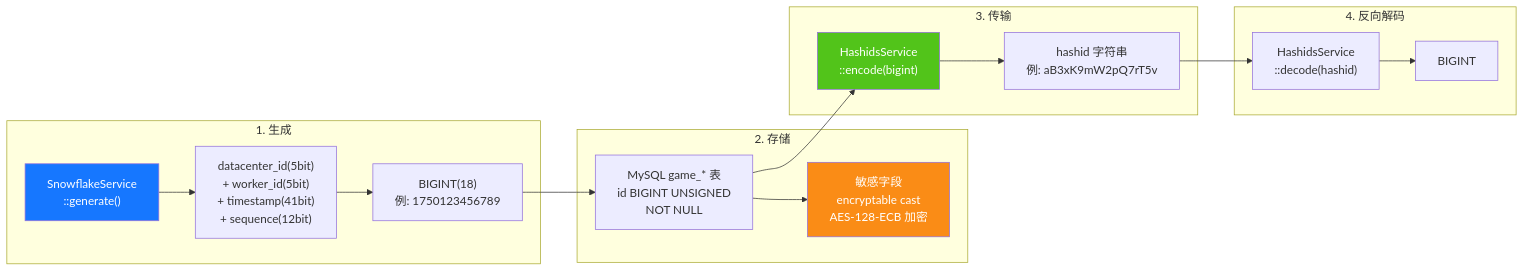
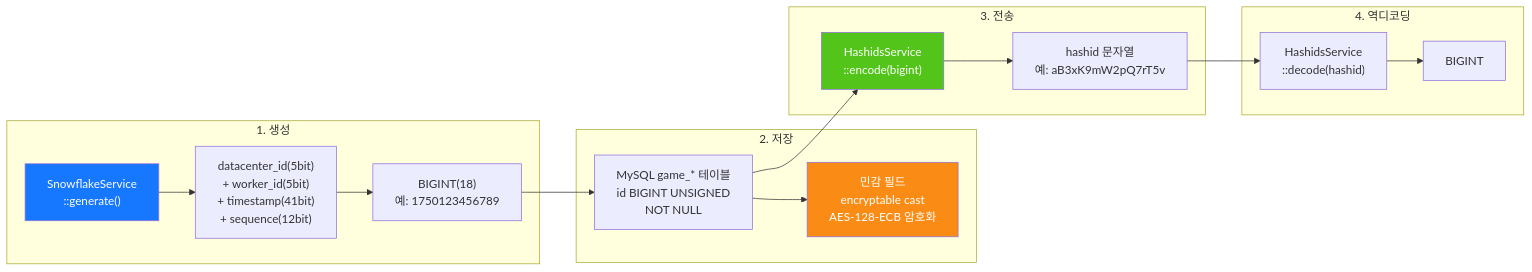
One commit to erikwang2013/game-platform-php changed the seventh of 14 diagrams in admin/docs/ARCHITECTURE.ko.md. Above: the diagram before and after it, drawn with Mermaid. The commit also changed other lines of this file and 211 other files, not shown here.

First line of the commit message:
fix: 支付配置读回类型根治、提现事件对账巡检，12 语族 mermaid 与 API 标签本地化

````diff
--- a/admin/docs/ARCHITECTURE.ko.md
+++ b/admin/docs/ARCHITECTURE.ko.md
@@ -359,33 +359,33 @@
 ```mermaid
 flowchart LR
-    subgraph "1. 生成"
+    subgraph "1. 생성"
         G1["SnowflakeService<br/>::generate()"]
         G2["datacenter_id(5bit)<br/>+ worker_id(5bit)<br/>+ timestamp(41bit)<br/>+ sequence(12bit)"]
-        G3["BIGINT(18)<br/>例: 1750123456789"]
+        G3["BIGINT(18)<br/>예: 1750123456789"]
         G1 --> G2 --> G3
     end
 
-    subgraph "2. 存储"
-        S1["MySQL game_* 表<br/>id BIGINT UNSIGNED<br/>NOT NULL"]
-        S2["敏感字段<br/>encryptable cast<br/>AES-128-ECB 加密"]
+    subgraph "2. 저장"
+        S1["MySQL game_* 테이블<br/>id BIGINT UNSIGNED<br/>NOT NULL"]
+        S2["민감 필드<br/>encryptable cast<br/>AES-128-ECB 암호화"]
         G3 --> S1
         S1 --> S2
     end
 
-    subgraph "3. 传输"
+    subgraph "3. 전송"
         T1["HashidsService<br/>::encode(bigint)"]
-        T2["hashid 字符串<br/>例: aB3xK9mW2pQ7rT5v"]
+        T2["hashid 문자열<br/>예: aB3xK9mW2pQ7rT5v"]
         S1 --> T1
         T1 --> T2
     end
 
-    subgraph "4. 反向解码"
+    subgraph "4. 역디코딩"
         R1["HashidsService<br/>::decode(hashid)"]
         R2["BIGINT"]
         T2 --> R1 --> R2
     end
 
     style G1 fill:#1677FF,color:#fff
     style T1 fill:#52C41A,color:#fff
     style S2 fill:#FA8C16,color:#fff
 ```
````
